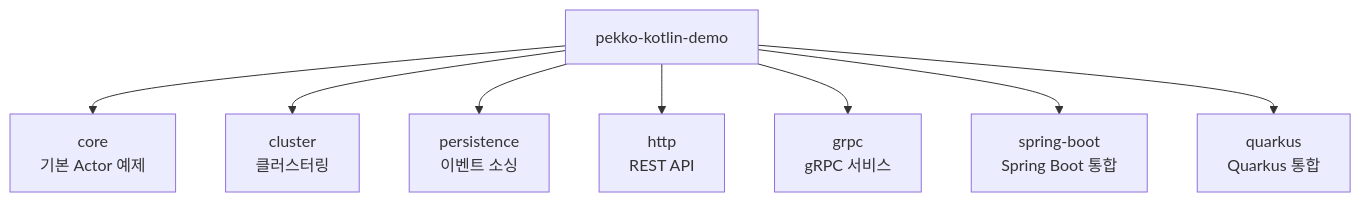
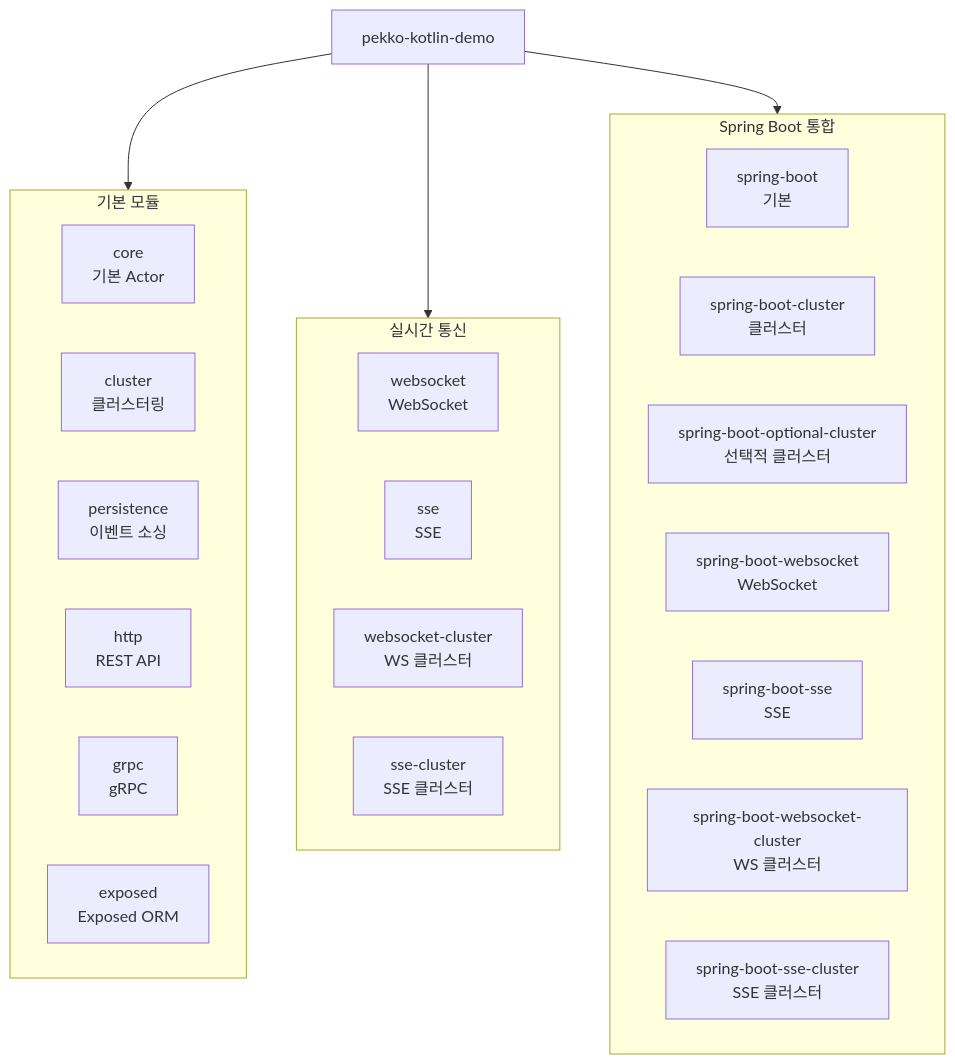
The diagram in README.md (iceflower/pekko-kotlin-demo), drawn with Mermaid before and after one commit. The commit also changed other lines of this file, not shown here.

````diff
--- a/README.md
+++ b/README.md
@@ -22,11 +22,34 @@
 ```mermaid
 graph TB
     Root[pekko-kotlin-demo]
-    Root --> Core[core<br/>기본 Actor 예제]
-    Root --> Cluster[cluster<br/>클러스터링]
-    Root --> Persistence[persistence<br/>이벤트 소싱]
-    Root --> HTTP[http<br/>REST API]
-    Root --> GRPC[grpc<br/>gRPC 서비스]
-    Root --> SpringBoot[spring-boot<br/>Spring Boot 통합]
-    Root --> Quarkus[quarkus<br/>Quarkus 통합]
+
+    subgraph Core[기본 모듈]
+        C1[core<br/>기본 Actor]
+        C2[cluster<br/>클러스터링]
+        C3[persistence<br/>이벤트 소싱]
+        C4[http<br/>REST API]
+        C5[grpc<br/>gRPC]
+        C6[exposed<br/>Exposed ORM]
+    end
+
+    subgraph Realtime[실시간 통신]
+        R1[websocket<br/>WebSocket]
+        R2[sse<br/>SSE]
+        R3[websocket-cluster<br/>WS 클러스터]
+        R4[sse-cluster<br/>SSE 클러스터]
+    end
+
+    subgraph SpringBoot[Spring Boot 통합]
+        S1[spring-boot<br/>기본]
+        S2[spring-boot-cluster<br/>클러스터]
+        S3[spring-boot-optional-cluster<br/>선택적 클러스터]
+        S4[spring-boot-websocket<br/>WebSocket]
+        S5[spring-boot-sse<br/>SSE]
+        S6[spring-boot-websocket-cluster<br/>WS 클러스터]
+        S7[spring-boot-sse-cluster<br/>SSE 클러스터]
+    end
+
+    Root --> Core
+    Root --> Realtime
+    Root --> SpringBoot
 ```
````
